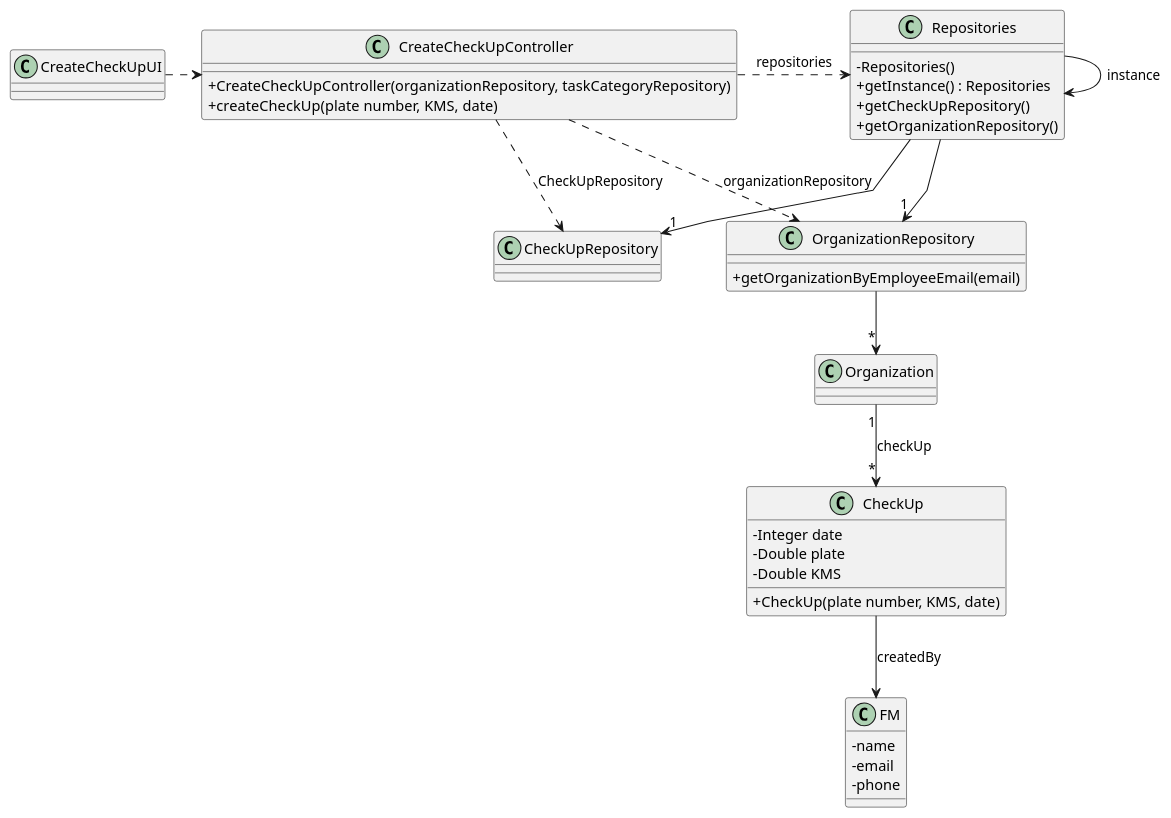
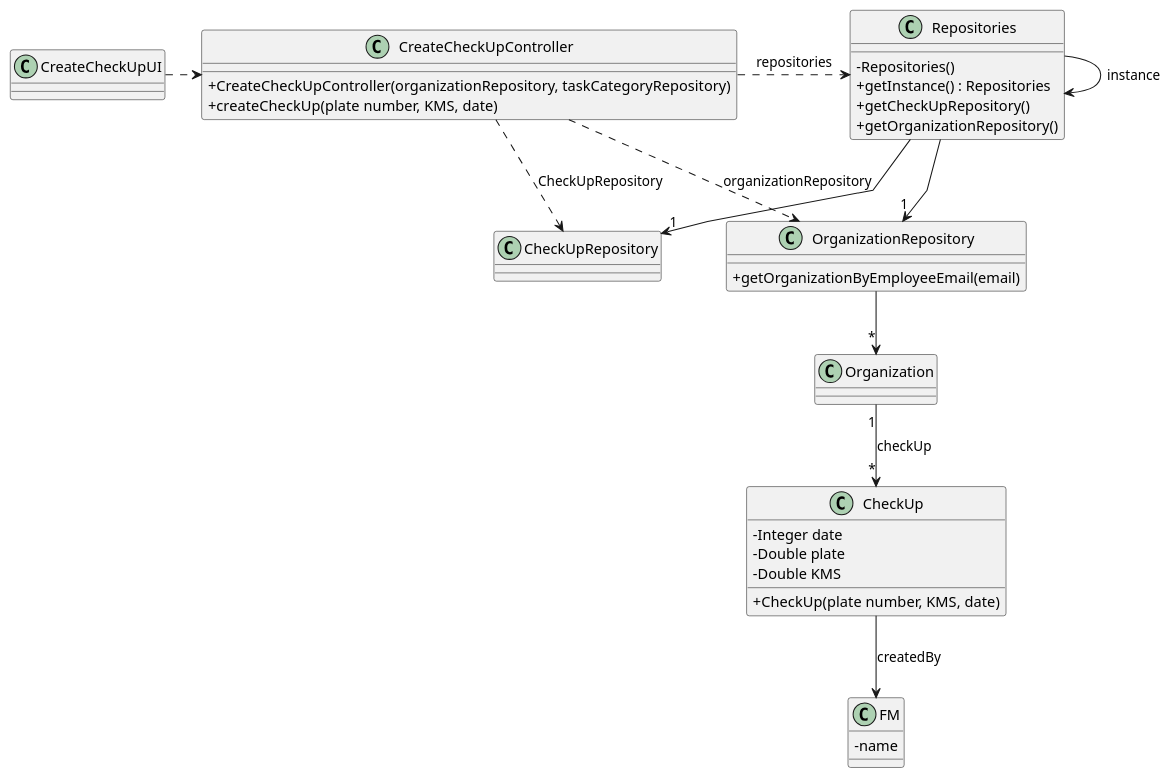
One commit to daniel41silva05/ISEP_2023_2024_LAPR2 changed the diagram in docs/sprintA&B/us007/03.design/puml/us007-class-diagram.puml. Above: the diagram before and after it, drawn with PlantUML. The commit also changed 12 other files, not shown here.

```diff
--- a/docs/sprintA&B/us007/03.design/puml/us007-class-diagram.puml
+++ b/docs/sprintA&B/us007/03.design/puml/us007-class-diagram.puml
@@ -1,126 +1,124 @@
 @startuml
 'skinparam monochrome true
 skinparam packageStyle rectangle
 skinparam shadowing false
 skinparam linetype polyline
 'skinparam linetype orto
 
 skinparam classAttributeIconSize 0
 
 'left to right direction
 
 'class ApplicationSession
 '{
 '    + static getInstance()
 '    + getCurrentSession()
 '}
 
 'class UserSession
 '{
 '    + getUserEmail()
 '}
 
 class FM {
     - name
-    - email
-    - phone
 }
 
 class CheckUp {
     - Integer date
     - Double plate
     - Double KMS
 
     + CheckUp(plate number, KMS, date)
 }
 
 'class TaskCategory {
 '    - String description
 '
 '    + TaskCategory(description)
 '}
 
 'class Organization {
 '    - String name
 '    - String vatNumber
 '    - String website
 '    - String phone
 '    - String email
 '
 '    - addTask(task)
 '    - validateTask(task)
 '    + anyEmployeeHasEmail(email)
 '    + Organization(name, vatNumber, webSite, phone, email, postalAddress, manager)
 '    + createTask(reference, description, informalDesccription,\ntechnicalDescription, duration, cost, taskCategoryDescription)
 '    - getEmployeeByEmail(email)
 '
 ''  +saveTask(task)
 '}
 
 'class TaskCategoryRepository {
 '    + getTaskCategoryByDescription(description)
 '}
 
 class OrganizationRepository {
     + getOrganizationByEmployeeEmail(email)
 }
 
 class Repositories {
     - Repositories()
     + getInstance() : Repositories
     + getCheckUpRepository()
     + getOrganizationRepository()
 }
 
 class CreateCheckUpController {
     + CreateCheckUpController(organizationRepository, taskCategoryRepository)
 '    + getTaskCategories()
     + createCheckUp(plate number, KMS, date)
 '    - getTaskCategoryByDescription(taskCategoryDescription)
 '    - getEmployeeFromSession()
 }
 
 'note right of CreateTaskController
 '    - userEmail is obtained
 '    from the user session
 '    - categoryDescription
 '    is retrieved from selected data
 'end note
 
 'note bottom of TaskCategoryRepository
 '    - used for displaying
 '    the category list
 'end note
 
 class CreateCheckUpUI {
 }
 
 Repositories -> Repositories : instance
 'ApplicationSession -> ApplicationSession : instance
 
 CreateCheckUpUI .> CreateCheckUpController
 
 CreateCheckUpController .> Repositories : repositories
 
 Repositories -> "1" CheckUpRepository
 
 'CreateCheckUpController ..> TaskCategory
 CreateCheckUpController ..> OrganizationRepository : organizationRepository
 CreateCheckUpController ..> CheckUpRepository : CheckUpRepository
 
 Repositories --> "1" OrganizationRepository
 
 OrganizationRepository --> "*" Organization
 'ApplicationSession --> "1" UserSession : userSession
 
 'CreateCheckUpController ..> "1" Organization : organization
 'CreateCheckUpController ..> ApplicationSession
 'CreateCheckUpController ..> UserSession
 'CheckUp "*" --> "1" TaskCategory : taskCategory
 'CheckUpRepository "1" --> "*" TaskCategory : taskCategory
 Organization "1" --> "*" CheckUp : checkUp
 CheckUp --> FM : createdBy
 
 'Organization --> "*" FM : employs
 
 @enduml
```
